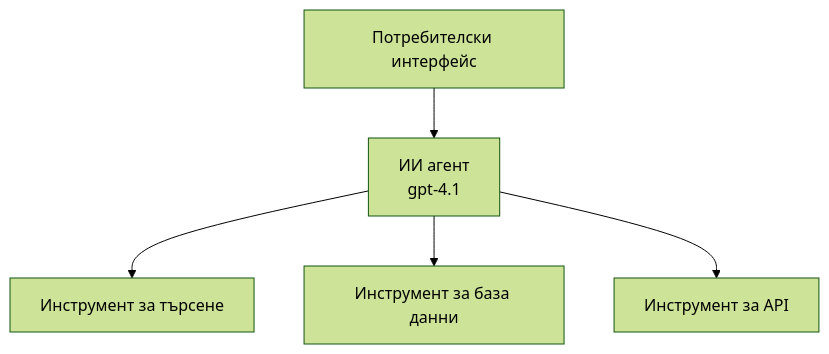
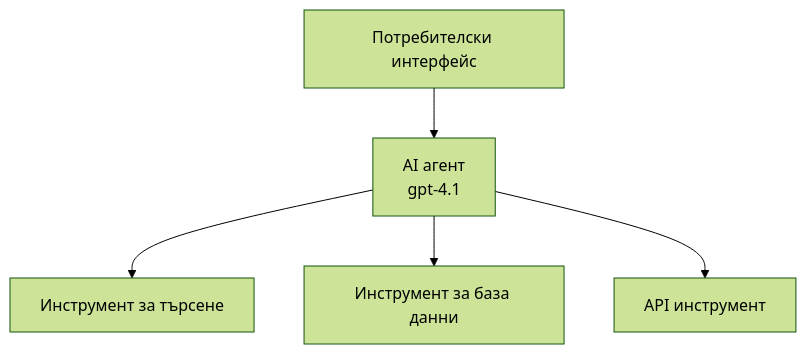
One commit to microsoft/AZD-for-beginners changed the first of 3 diagrams in translations/bg/docs/chapter-02-ai-development/agents.md. Above: the diagram before and after it, drawn with Mermaid (forest theme). The commit also changed other lines of this file and 104 other files, not shown here.

````diff
--- a/translations/bg/docs/chapter-02-ai-development/agents.md
+++ b/translations/bg/docs/chapter-02-ai-development/agents.md
@@ -157,7 +162,7 @@
 ```mermaid
 graph TD
-    UI[Потребителски интерфейс] --> Agent[ИИ агент<br/>gpt-4.1]
+    UI[Потребителски интерфейс] --> Agent[AI агент<br/>gpt-4.1]
     Agent --> Search[Инструмент за търсене]
     Agent --> Database[Инструмент за база данни]
-    Agent --> API[Инструмент за API]
+    Agent --> API[API инструмент]
 ```
````
